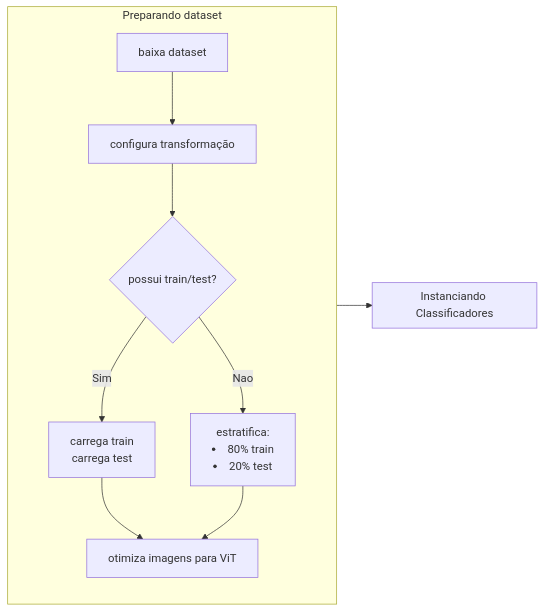
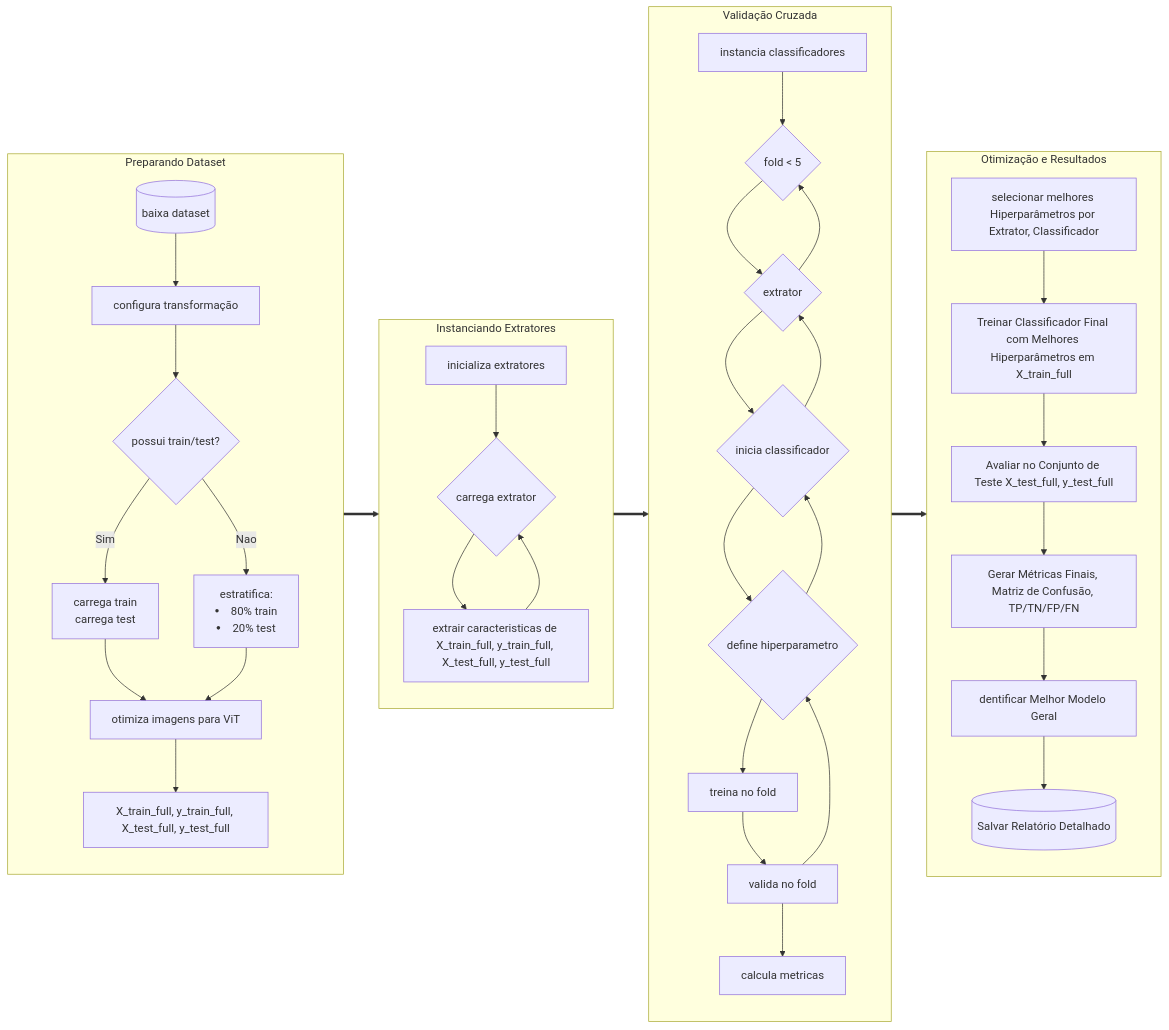
Before and after one commit to rafaelrpq/classificadores: the third of 3 diagrams in README.md, drawn with Mermaid.

````diff
--- a/README.md
+++ b/README.md
@@ -93,21 +93,50 @@
 ```mermaid
 flowchart LR
-    subgraph DS["Preparando dataset"]
-
-        DS0["baixa dataset"]-->
+    subgraph DS["Preparando Dataset"]
+        DS0[("baixa dataset")]-->
         TT0["configura transformação"]-->DS1
         
         DS1{"possui train/test?"}-- Sim -->
         DS2[carrega train<br>carrega test]
         DS3[estratifica:<li>80% train<li>20% test]
         DS1-- Nao -->DS3
         TT1[otimiza imagens para ViT]
-        DS2 & DS3 --> TT1
+        DS2 & DS3 --> TT1-->
+        DS4[X_train_full, y_train_full, X_test_full, y_test_full]
     end
 
-    subgraph CLF["Instanciando Classificadores"]
-        
+    subgraph FE["Instanciando Extratores"]
+        FE0[inicializa extratores]-->
+        FE1{carrega extrator}
+        FE2[extrair caracteristicas de X_train_full, y_train_full, X_test_full, y_test_full]
+        FE1--> FE2 -->FE1
     end
 
-    DS-->CLF
+    subgraph KF[Validação Cruzada]
+        KF0[instancia classificadores]-->
+        KF1{fold < 5}-->
+        KF2{extrator}-->
+        KF3{inicia classificador}-->
+        KF4{define hiperparametro}-->
+        KF5[treina no fold]
+        KF6[valida no fold]-->
+        KF7[calcula metricas]
+
+        KF2-->KF1
+        KF3-->KF2
+        KF4-->KF3
+        KF5-->KF6-->KF4
+         
+    end
+
+    subgraph OR[Otimização e Resultados]
+        OR0[selecionar melhores Hiperparâmetros por Extrator, Classificador]-->
+        OR1[Treinar Classificador Final com Melhores Hiperparâmetros em X_train_full]-->
+        OR2[Avaliar no Conjunto de Teste X_test_full, y_test_full]-->
+        OR3[Gerar Métricas Finais, Matriz de Confusão, TP/TN/FP/FN]-->
+        OR4[dentificar Melhor Modelo Geral]-->
+        OR5[(Salvar Relatório Detalhado)]
+    end
+
+    DS==>FE==>KF==>OR
 ```
````
